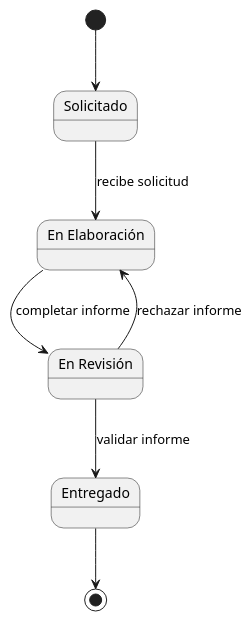
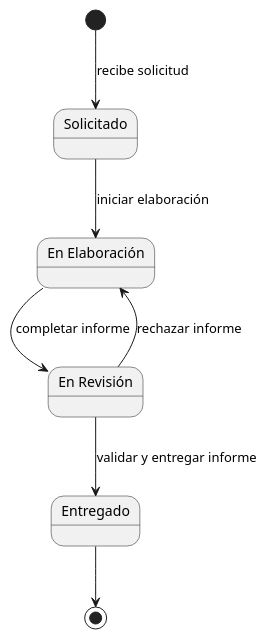
Before and after one commit to Angelo2272/26-27-IdSw1-SDR: the diagram in modelosUML/00-modelo-del-dominio/diagrama-de-estados-informe.puml, drawn with PlantUML. The commit also changed 5 other files, not shown here.

Commit message:
feat: modificar diagramas de estados y de clases para aumentar coherencia entre artefactos

```diff
--- a/modelosUML/00-modelo-del-dominio/diagrama-de-estados-informe.puml
+++ b/modelosUML/00-modelo-del-dominio/diagrama-de-estados-informe.puml
@@ -1,20 +1,20 @@
 @startuml
 
 state "Solicitado" as Solicitado
 state "En Elaboración" as Elaboracion
 state "En Revisión" as Revision
 state "Entregado" as Entregado
 
-[*] --> Solicitado
+[*] --> Solicitado : recibe solicitud
 
-Solicitado --> Elaboracion : recibe solicitud
+Solicitado --> Elaboracion : iniciar elaboración
 
 Elaboracion --> Revision : completar informe
 
 Revision --> Elaboracion : rechazar informe
 
-Revision --> Entregado : validar informe
+Revision --> Entregado : validar y entregar informe
 
 Entregado --> [*]
 
 @enduml
```
